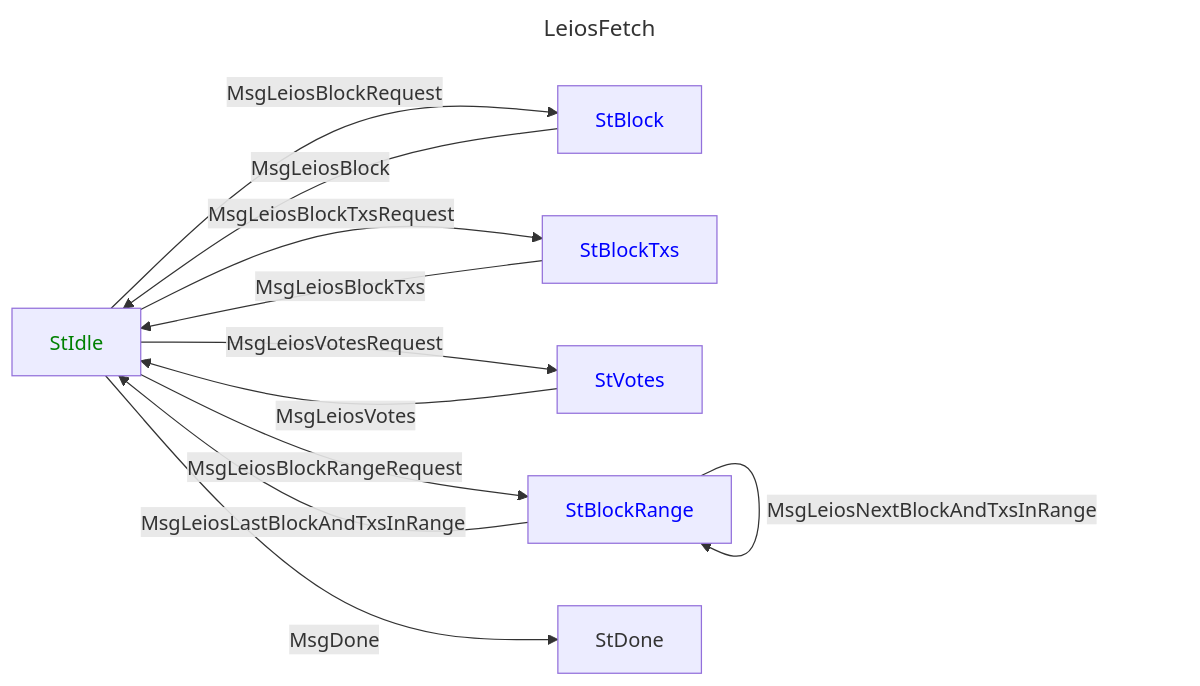
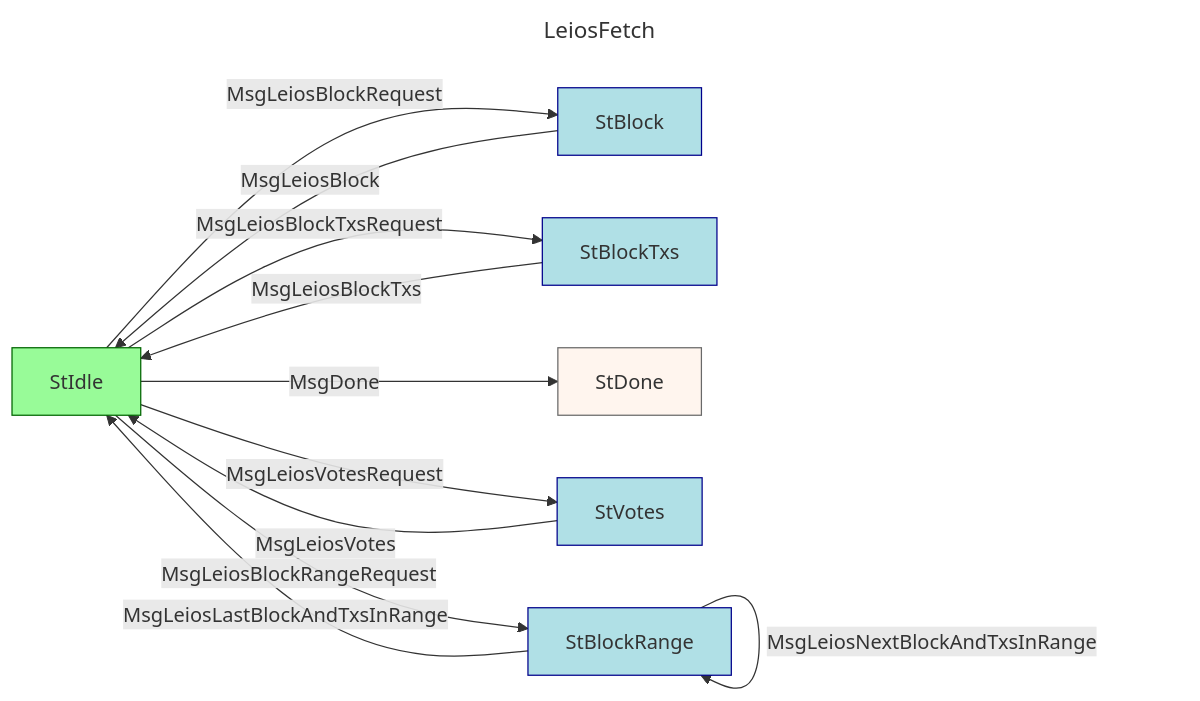
The second of 2 diagrams in CIP-0164/README.md (cardano-foundation/CIPs), drawn with Mermaid before and after one commit. The commit also changed other lines of this file and 1 other file, not shown here.

````diff
--- a/CIP-0164/README.md
+++ b/CIP-0164/README.md
@@ -1236,18 +1241,19 @@
 ```mermaid
 ---
 title: LeiosFetch
 ---
 graph LR
-   style StIdle color:green;
-   style StBlock color:blue;
-   style StBlockTxs color:blue;
-   style StVotes color:blue;
-   style StBlockRange color:blue;
+   style StIdle fill:PaleGreen,stroke:DarkGreen;
+   style StBlock fill:PowderBlue,stroke:DarkBlue;
+   style StBlockTxs fill:PowderBlue,stroke:DarkBlue;
+   style StDone fill:SeaShell,stroke:DimGray;
+   style StVotes fill:PowderBlue,stroke:DarkBlue;
+   style StBlockRange fill:PowderBlue,stroke:DarkBlue;
 
    StIdle -->|MsgLeiosBlockRequest| StBlock -->|MsgLeiosBlock| StIdle
    StIdle -->|MsgLeiosBlockTxsRequest| StBlockTxs -->|MsgLeiosBlockTxs| StIdle
    StIdle -->|MsgLeiosVotesRequest| StVotes -->|MsgLeiosVotes| StIdle
    StIdle -->|MsgLeiosBlockRangeRequest| StBlockRange -->|MsgLeiosNextBlockAndTxsInRange| StBlockRange -->|MsgLeiosLastBlockAndTxsInRange| StIdle
 
    StIdle -->|MsgDone| StDone
 ```
````
